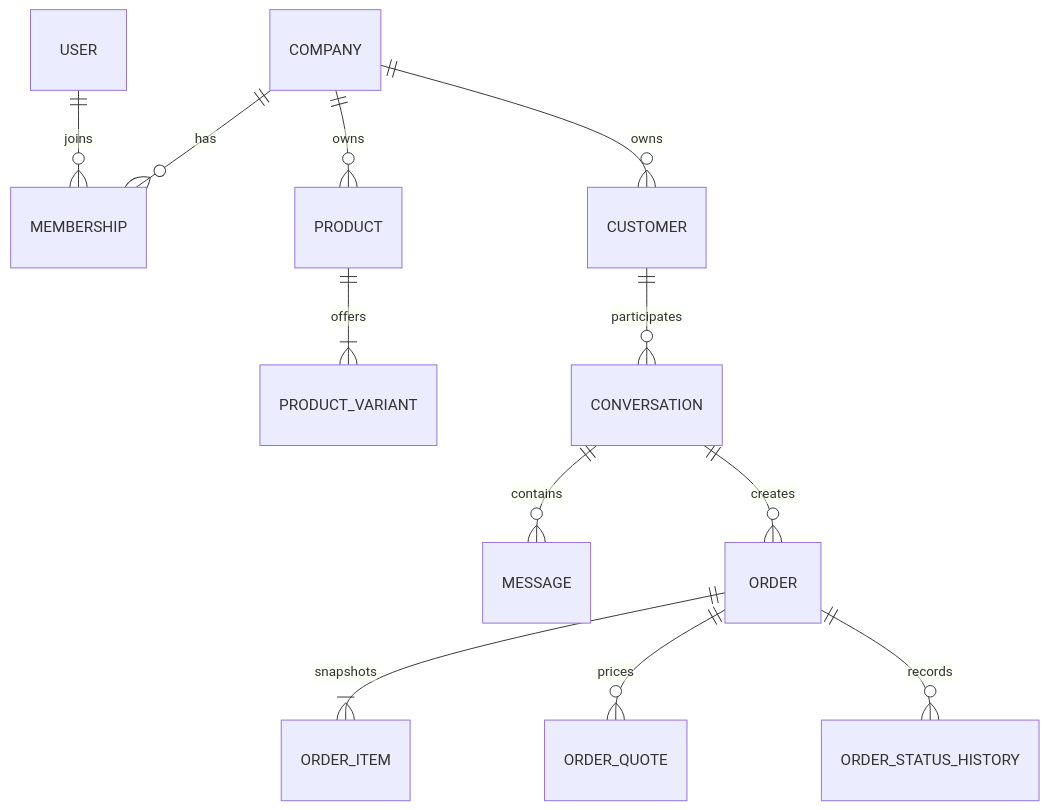
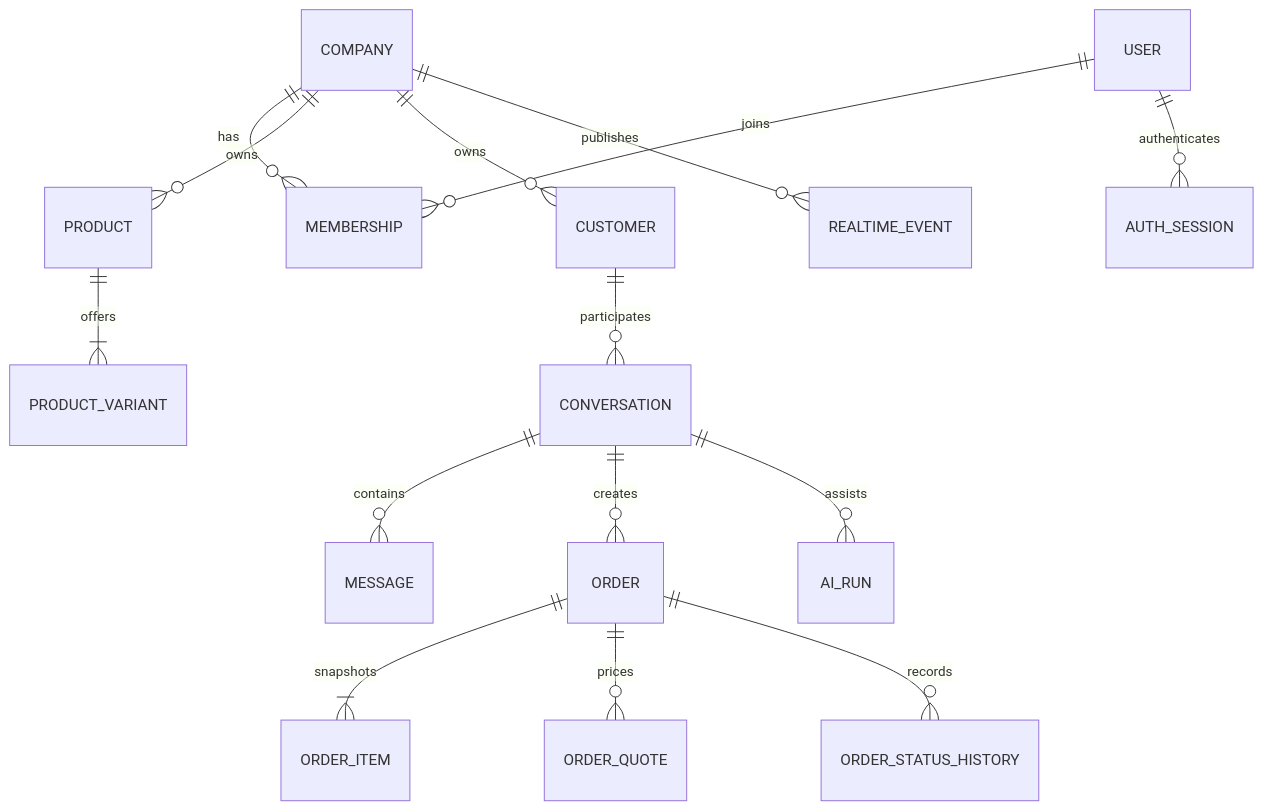
The diagram in docs/data-model.md (RanaRomdhane/anytech), drawn with Mermaid before and after one commit. The commit also changed other lines of this file and 27 other files, not shown here.

````diff
--- a/docs/data-model.md
+++ b/docs/data-model.md
@@ -3,14 +3,17 @@
 ```mermaid
 erDiagram
   COMPANY ||--o{ MEMBERSHIP : has
   USER ||--o{ MEMBERSHIP : joins
   COMPANY ||--o{ PRODUCT : owns
   PRODUCT ||--|{ PRODUCT_VARIANT : offers
   COMPANY ||--o{ CUSTOMER : owns
   CUSTOMER ||--o{ CONVERSATION : participates
   CONVERSATION ||--o{ MESSAGE : contains
   CONVERSATION ||--o{ ORDER : creates
   ORDER ||--|{ ORDER_ITEM : snapshots
   ORDER ||--o{ ORDER_QUOTE : prices
   ORDER ||--o{ ORDER_STATUS_HISTORY : records
+  USER ||--o{ AUTH_SESSION : authenticates
+  CONVERSATION ||--o{ AI_RUN : assists
+  COMPANY ||--o{ REALTIME_EVENT : publishes
 ```
````
